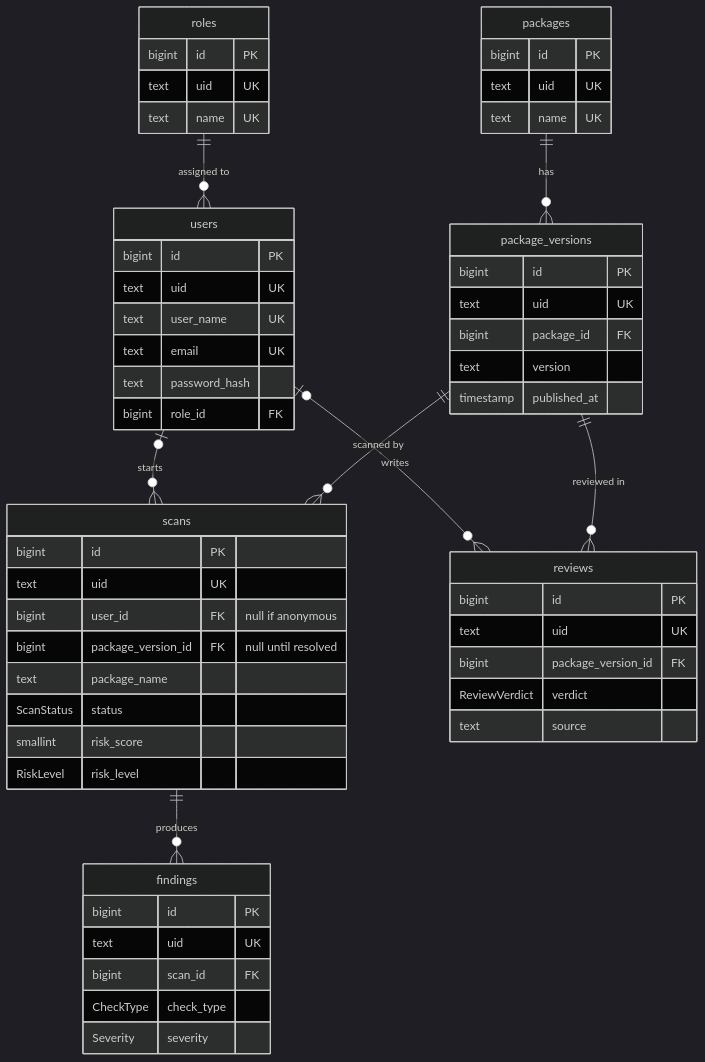
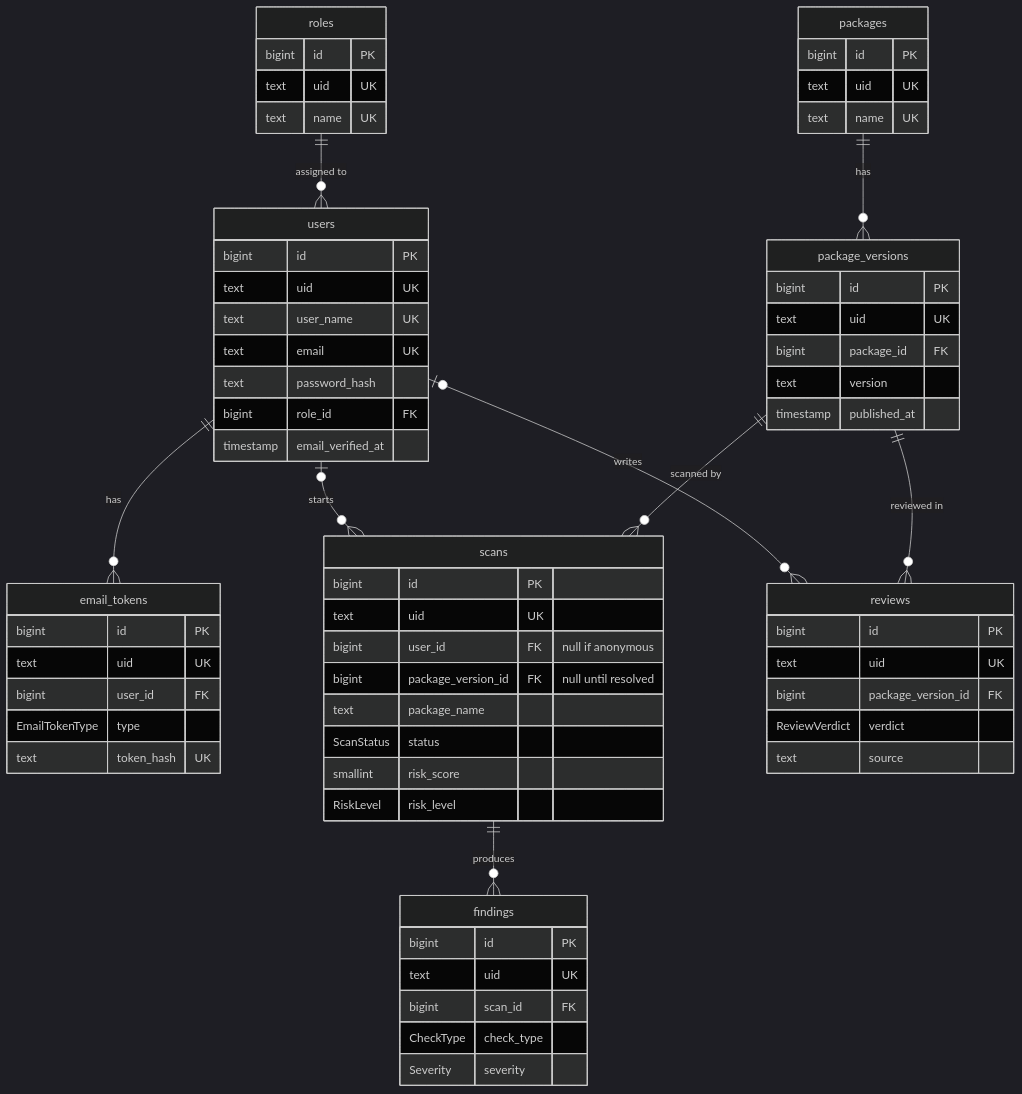
One commit to Apu-Emdad/npm-sentinel-api changed the diagram in docs/schema.md. Above: the diagram before and after it, drawn with Mermaid (dark theme). The commit also changed other lines of this file and 30 other files, not shown here.

````diff
--- a/docs/schema.md
+++ b/docs/schema.md
@@ -15,60 +15,69 @@
 ```mermaid
 erDiagram
     roles ||--o{ users : "assigned to"
+    users ||--o{ email_tokens : "has"
     users |o--o{ scans : "starts"
     users |o--o{ reviews : "writes"
     packages ||--o{ package_versions : "has"
     package_versions ||--o{ scans : "scanned by"
     package_versions ||--o{ reviews : "reviewed in"
     scans ||--o{ findings : "produces"
 
     roles {
         bigint id PK
         text uid UK
         text name UK
     }
     users {
         bigint id PK
         text uid UK
         text user_name UK
         text email UK
         text password_hash
         bigint role_id FK
+        timestamp email_verified_at
+    }
+    email_tokens {
+        bigint id PK
+        text uid UK
+        bigint user_id FK
+        EmailTokenType type
+        text token_hash UK
     }
     packages {
         bigint id PK
         text uid UK
         text name UK
     }
     package_versions {
         bigint id PK
         text uid UK
         bigint package_id FK
         text version
         timestamp published_at
     }
     scans {
         bigint id PK
         text uid UK
         bigint user_id FK "null if anonymous"
         bigint package_version_id FK "null until resolved"
         text package_name
         ScanStatus status
         smallint risk_score
         RiskLevel risk_level
     }
     findings {
         bigint id PK
         text uid UK
         bigint scan_id FK
         CheckType check_type
         Severity severity
     }
     reviews {
         bigint id PK
         text uid UK
         bigint package_version_id FK
         ReviewVerdict verdict
         text source
     }
 ```
````
